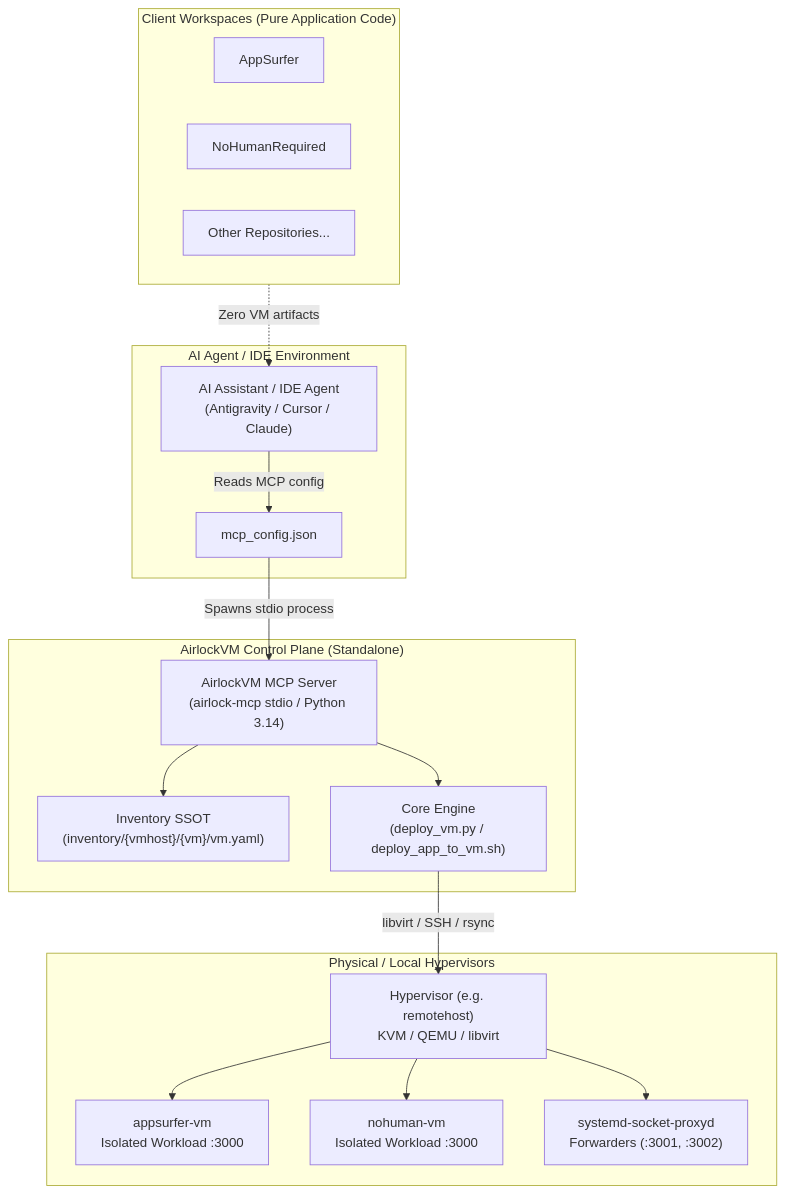
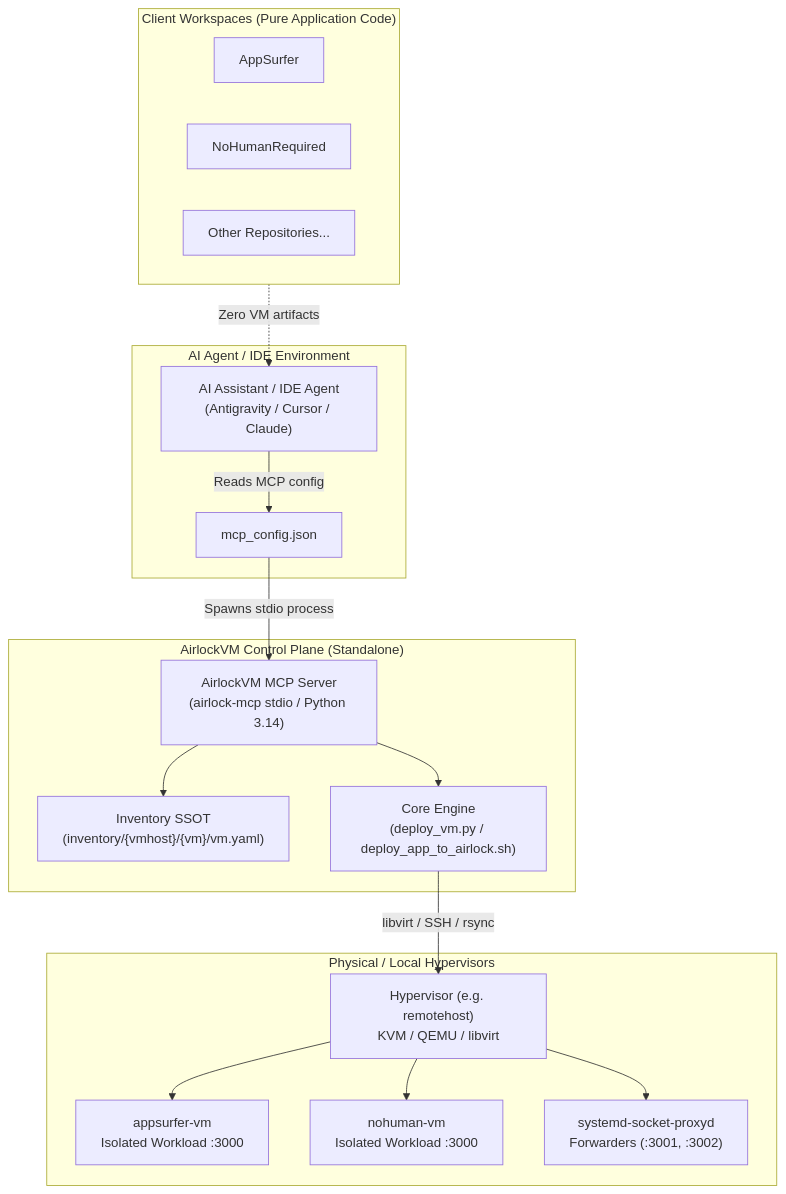
Before and after one commit to simplybarter/AirlockVM: the diagram in docs/MCP_SERVER.md, drawn with Mermaid. The commit also changed other lines of this file and 11 other files, not shown here.

Commit message:
refactor(deploy): rename deploy_app_to_vm.sh to deploy_app_to_airlock.sh

````diff
--- a/docs/MCP_SERVER.md
+++ b/docs/MCP_SERVER.md
@@ -13,36 +13,36 @@
 ```mermaid
 flowchart TD
     subgraph ClientProjects["Client Workspaces (Pure Application Code)"]
         A["AppSurfer"]
         B["NoHumanRequired"]
         C["Other Repositories..."]
     end
 
     subgraph AgentEnvironment["AI Agent / IDE Environment"]
         IDE["AI Assistant / IDE Agent<br/>(Antigravity / Cursor / Claude)"]
         Config["mcp_config.json"]
     end
 
     subgraph AirlockVMControlPlane["AirlockVM Control Plane (Standalone)"]
         MCP["AirlockVM MCP Server<br/>(airlock-mcp stdio / Python 3.14)"]
         SSOT["Inventory SSOT<br/>(inventory/{vmhost}/{vm}/vm.yaml)"]
-        Core["Core Engine<br/>(deploy_vm.py / deploy_app_to_vm.sh)"]
+        Core["Core Engine<br/>(deploy_vm.py / deploy_app_to_airlock.sh)"]
     end
 
     subgraph Hypervisors["Physical / Local Hypervisors"]
         Hyp["Hypervisor (e.g. remotehost)<br/>KVM / QEMU / libvirt"]
         VM1["appsurfer-vm<br/>Isolated Workload :3000"]
         VM2["nohuman-vm<br/>Isolated Workload :3000"]
         Proxy["systemd-socket-proxyd<br/>Forwarders (:3001, :3002)"]
     end
 
     ClientProjects -.->|Zero VM artifacts| IDE
     IDE -->|Reads MCP config| Config
     Config -->|Spawns stdio process| MCP
     MCP --> SSOT
     MCP --> Core
     Core -->|libvirt / SSH / rsync| Hyp
     Hyp --> VM1
     Hyp --> VM2
     Hyp --> Proxy
 ```
````
